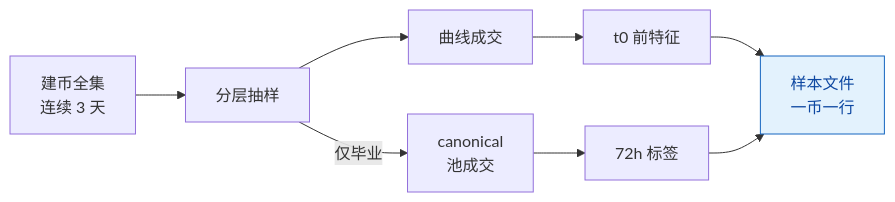
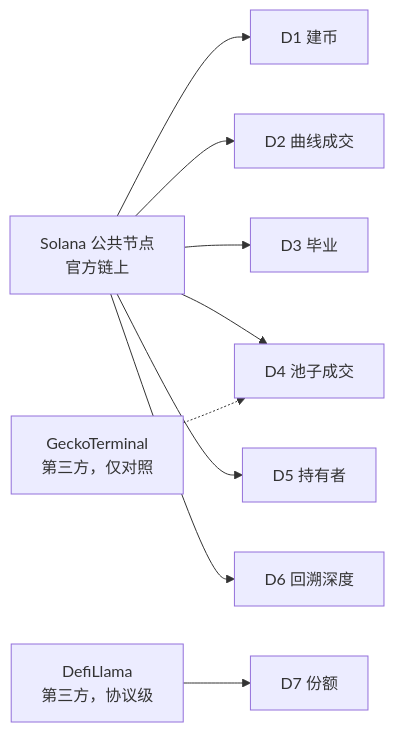
Before and after one commit to JulyWA/lp-monitor-3.0-snapshot: the second of 2 diagrams in docs/meme/TASK-meme-token-watch-stage0-draft.md, drawn with Mermaid. The commit also changed other lines of this file, not shown here.

````diff
--- a/docs/meme/TASK-meme-token-watch-stage0-draft.md
+++ b/docs/meme/TASK-meme-token-watch-stage0-draft.md
@@ -195,7 +49,11 @@
 ```mermaid
 flowchart LR
-  A["建币全集<br/>连续 3 天"] --> B["分层抽样"]
-  B --> C["曲线成交"] --> D["t0 前特征"] --> G["样本文件<br/>一币一行"]:::out
-  B -->|"仅毕业"| E["canonical<br/>池成交"] --> F["72h 标签"] --> G
-  classDef out fill:#e3f2fd,stroke:#1565c0,color:#0d47a1
+  N["Solana 公共节点<br/>官方链上"] --> D1["D1 建币"]
+  N --> D2["D2 曲线成交"]
+  N --> D3["D3 毕业"]
+  N --> D4["D4 池子成交"]
+  N --> D5["D5 持有者"]
+  N --> D6["D6 回溯深度"]
+  G["GeckoTerminal<br/>第三方，仅对照"] -.-> D4
+  L["DefiLlama<br/>第三方，协议级"] --> D7["D7 份额"]
 ```
````
